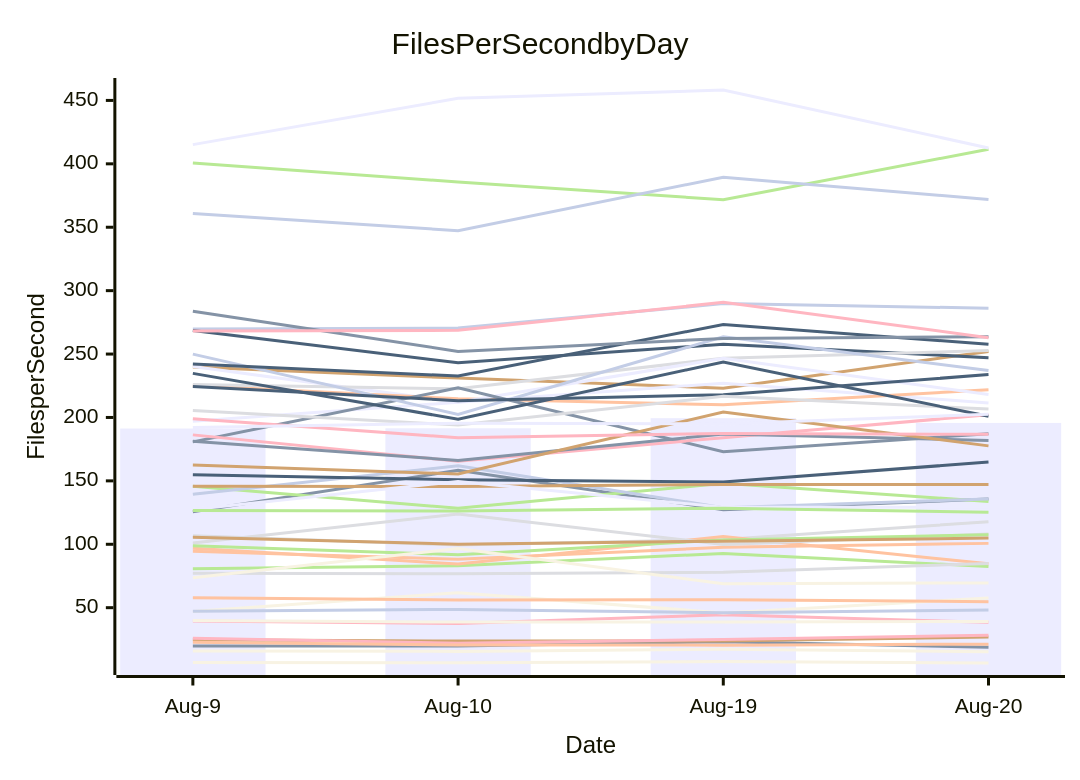
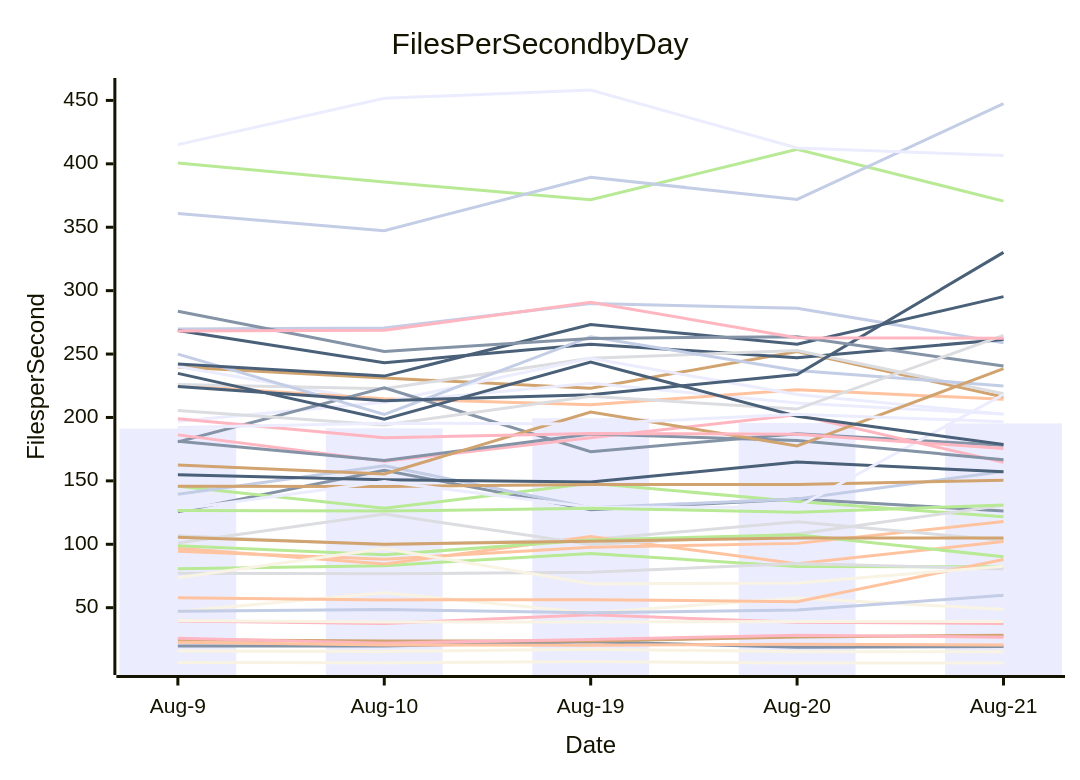
One commit to streetsidesoftware/cspell changed the diagram in perf-report.md. Above: the diagram before and after it, drawn with Mermaid. The commit also changed other lines of this file and 2 other files, not shown here.

````diff
--- a/perf-report.md
+++ b/perf-report.md
@@ -11,57 +11,57 @@
 ```mermaid
 xychart-beta
     title Files Per Second by Day
     y-axis Files per Second
-    x-axis Date [Aug-9, Aug-10, Aug-19, Aug-20]
-    bar [191.27, 191.48, 199.45, 195.67]
-    line [19.76, 19.87, 23.15, 18.80]
-    line [94.45, 88.13, 97.66, 100.71]
-    line [106.66, 99.38, 103.80, 117.71]
-    line [80.61, 83.15, 92.81, 82.44]
-    line [239.79, 231.09, 223.10, 252.00]
-    line [269.81, 270.47, 289.77, 286.14]
-    line [39.52, 37.52, 44.46, 38.46]
-    line [268.54, 243.09, 257.77, 247.18]
-    line [6.78, 6.60, 7.51, 6.38]
-    line [240.17, 211.99, 227.00, 211.38]
-    line [125.68, 158.27, 127.25, 135.61]
-    line [225.24, 214.74, 210.02, 221.88]
-    line [225.91, 222.58, 246.74, 252.74]
-    line [145.75, 128.32, 148.05, 133.76]
-    line [24.65, 23.72, 23.68, 26.94]
-    line [139.45, 161.93, 128.87, 135.71]
-    line [25.95, 22.03, 24.86, 28.29]
-    line [154.75, 150.93, 149.02, 164.86]
-    line [15.80, 15.53, 17.25, 15.28]
-    line [196.97, 211.99, 246.59, 218.10]
-    line [180.75, 223.35, 172.94, 187.16]
-    line [96.93, 84.41, 106.12, 84.61]
-    line [77.16, 76.75, 77.91, 84.91]
-    line [400.74, 385.62, 371.65, 411.46]
-    line [145.79, 145.58, 147.10, 147.08]
-    line [249.96, 202.34, 263.67, 236.99]
-    line [186.27, 165.43, 184.07, 202.12]
-    line [224.37, 213.27, 217.89, 233.79]
-    line [47.00, 61.84, 45.89, 57.63]
-    line [127.47, 149.55, 129.16, 129.10]
-    line [181.18, 166.12, 186.93, 181.85]
-    line [57.90, 56.15, 56.35, 54.76]
-    line [101.07, 123.80, 99.87, 108.06]
-    line [98.84, 91.76, 103.43, 107.49]
-    line [162.48, 155.40, 204.32, 177.59]
-    line [360.76, 347.31, 389.41, 371.89]
-    line [198.91, 184.05, 187.41, 186.67]
-    line [242.10, 232.62, 273.32, 257.69]
-    line [73.60, 96.61, 68.89, 69.48]
-    line [415.14, 451.69, 458.22, 412.53]
-    line [283.77, 252.09, 262.36, 263.68]
-    line [22.84, 20.59, 20.47, 21.22]
-    line [205.56, 193.98, 216.67, 206.61]
-    line [126.64, 126.17, 128.45, 125.27]
-    line [105.46, 100.11, 102.43, 104.89]
-    line [47.26, 48.66, 46.00, 48.26]
-    line [268.09, 268.70, 290.78, 262.94]
-    line [234.76, 198.61, 243.75, 200.90]
-    line [39.98, 38.63, 38.64, 39.11]
-    line [192.03, 195.48, 194.87, 202.54]
+    x-axis Date [Aug-9, Aug-10, Aug-19, Aug-20, Aug-21]
+    bar [191.27, 191.48, 199.45, 195.67, 195.28]
+    line [19.76, 19.87, 23.15, 18.80, 19.44]
+    line [94.45, 88.13, 97.66, 100.71, 117.87]
+    line [106.66, 99.38, 103.80, 117.71, 103.06]
+    line [80.61, 83.15, 92.81, 82.44, 82.28]
+    line [239.79, 231.09, 223.10, 252.00, 216.10]
+    line [269.81, 270.47, 289.77, 286.14, 258.82]
+    line [39.52, 37.52, 44.46, 38.46, 37.55]
+    line [268.54, 243.09, 257.77, 247.18, 261.52]
+    line [6.78, 6.60, 7.51, 6.38, 6.46]
+    line [240.17, 211.99, 227.00, 211.38, 202.65]
+    line [125.68, 158.27, 127.25, 135.61, 126.31]
+    line [225.24, 214.74, 210.02, 221.88, 214.31]
+    line [225.91, 222.58, 246.74, 252.74, 218.76]
+    line [145.75, 128.32, 148.05, 133.76, 121.69]
+    line [24.65, 23.72, 23.68, 26.94, 28.23]
+    line [139.45, 161.93, 128.87, 135.71, 157.41]
+    line [25.95, 22.03, 24.86, 28.29, 26.71]
+    line [154.75, 150.93, 149.02, 164.86, 157.25]
+    line [15.80, 15.53, 17.25, 15.28, 15.17]
+    line [196.97, 211.99, 246.59, 218.10, 202.63]
+    line [180.75, 223.35, 172.94, 187.16, 178.01]
+    line [96.93, 84.41, 106.12, 84.61, 102.23]
+    line [77.16, 76.75, 77.91, 84.91, 80.55]
+    line [400.74, 385.62, 371.65, 411.46, 370.61]
+    line [145.79, 145.58, 147.10, 147.08, 150.58]
+    line [249.96, 202.34, 263.67, 236.99, 224.88]
+    line [186.27, 165.43, 184.07, 202.12, 164.56]
+    line [224.37, 213.27, 217.89, 233.79, 330.15]
+    line [47.00, 61.84, 45.89, 57.63, 48.63]
+    line [127.47, 149.55, 129.16, 129.10, 218.14]
+    line [181.18, 166.12, 186.93, 181.85, 166.73]
+    line [57.90, 56.15, 56.35, 54.76, 88.05]
+    line [101.07, 123.80, 99.87, 108.06, 130.68]
+    line [98.84, 91.76, 103.43, 107.49, 90.18]
+    line [162.48, 155.40, 204.32, 177.59, 238.45]
+    line [360.76, 347.31, 389.41, 371.89, 447.40]
+    line [198.91, 184.05, 187.41, 186.67, 175.57]
+    line [242.10, 232.62, 273.32, 257.69, 295.30]
+    line [73.60, 96.61, 68.89, 69.48, 82.76]
+    line [415.14, 451.69, 458.22, 412.53, 406.57]
+    line [283.77, 252.09, 262.36, 263.68, 240.51]
+    line [22.84, 20.59, 20.47, 21.22, 20.56]
+    line [205.56, 193.98, 216.67, 206.61, 264.70]
+    line [126.64, 126.17, 128.45, 125.27, 130.99]
+    line [105.46, 100.11, 102.43, 104.89, 104.87]
+    line [47.26, 48.66, 46.00, 48.26, 59.72]
+    line [268.09, 268.70, 290.78, 262.94, 262.44]
+    line [234.76, 198.61, 243.75, 200.90, 178.74]
+    line [39.98, 38.63, 38.64, 39.11, 39.12]
+    line [192.03, 195.48, 194.87, 202.54, 196.68]
 ```
````
